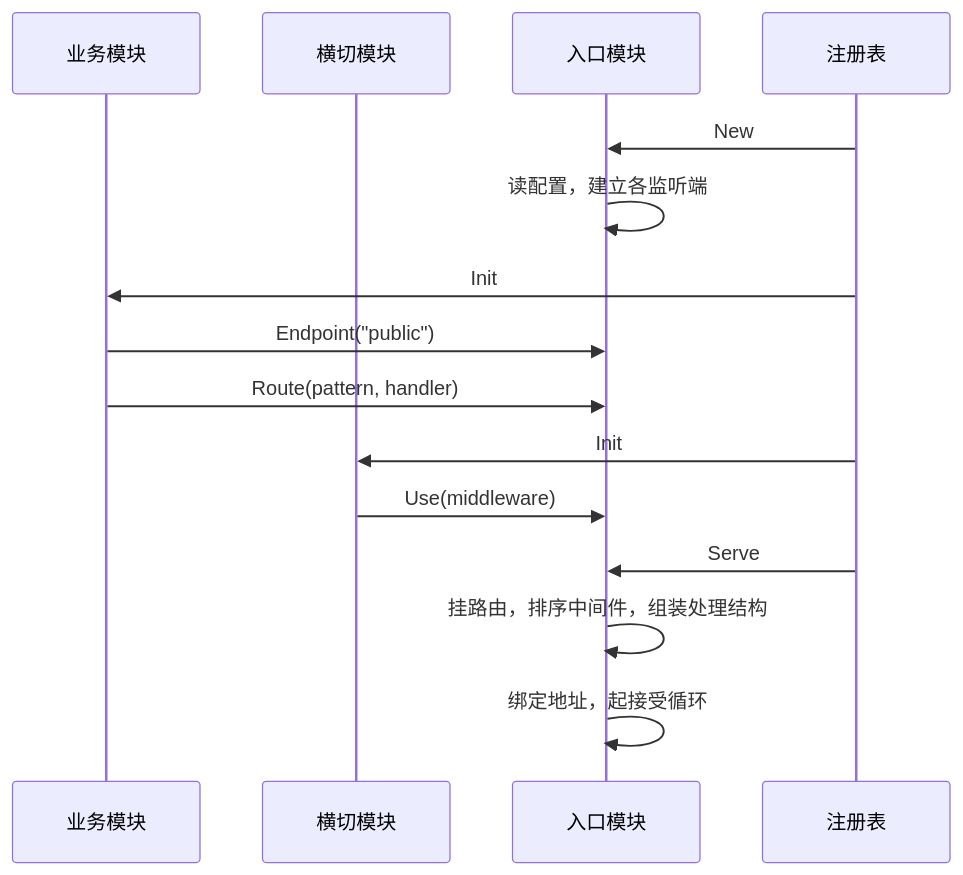
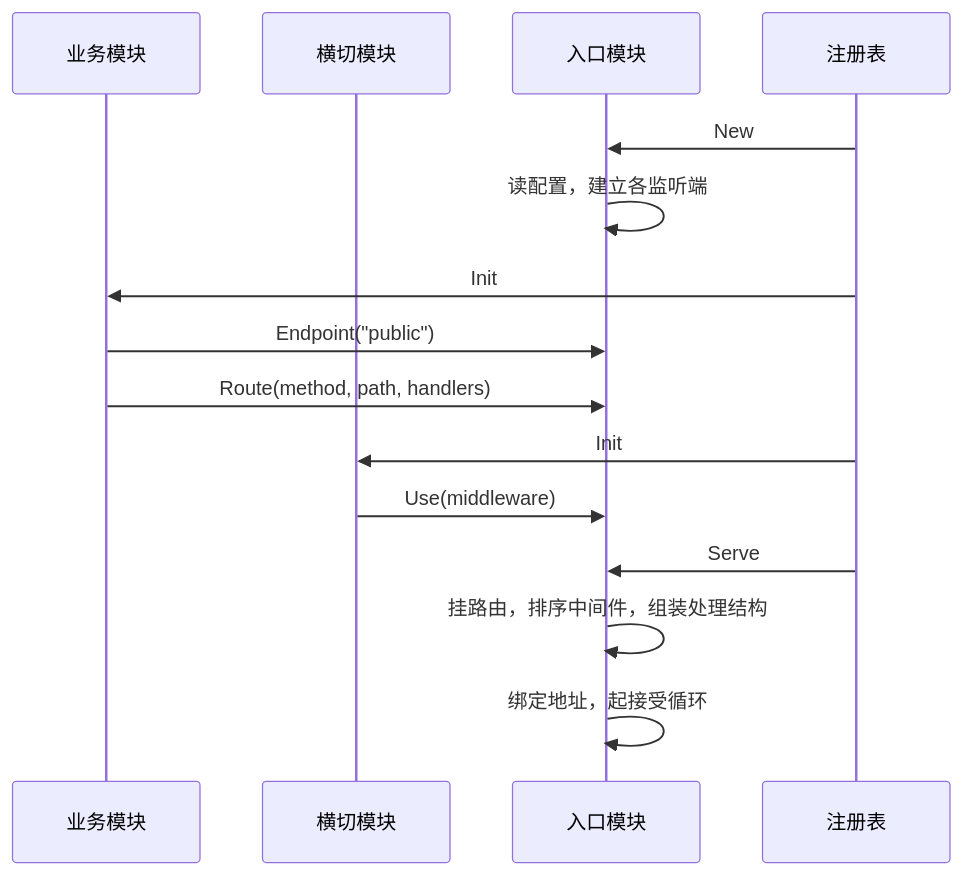
Before and after one commit to wangzw/speed: the second of 3 diagrams in docs/design/modules/design-http.md, drawn with Mermaid. The commit also changed other lines of this file and 21 other files, not shown here.

````diff
--- a/docs/design/modules/design-http.md
+++ b/docs/design/modules/design-http.md
@@ -295,18 +273,18 @@
 ```mermaid
 sequenceDiagram
     participant 业务 as 业务模块
     participant 横切 as 横切模块
     participant 入口 as 入口模块
     participant 注册表 as 注册表
 
     注册表->>入口: New
     入口->>入口: 读配置，建立各监听端
     注册表->>业务: Init
     业务->>入口: Endpoint("public")
-    业务->>入口: Route(pattern, handler)
+    业务->>入口: Route(method, path, handlers)
     注册表->>横切: Init
     横切->>入口: Use(middleware)
     注册表->>入口: Serve
     入口->>入口: 挂路由，排序中间件，组装处理结构
     入口->>入口: 绑定地址，起接受循环
 ```
````
